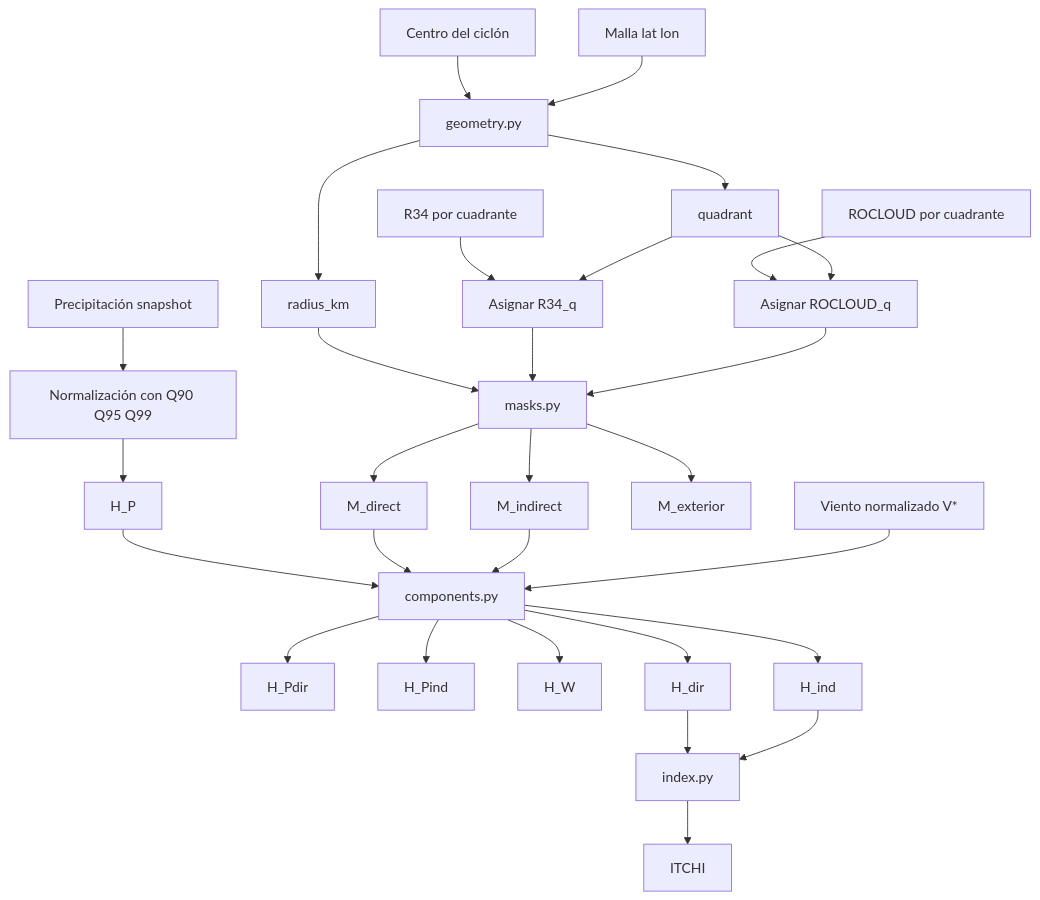
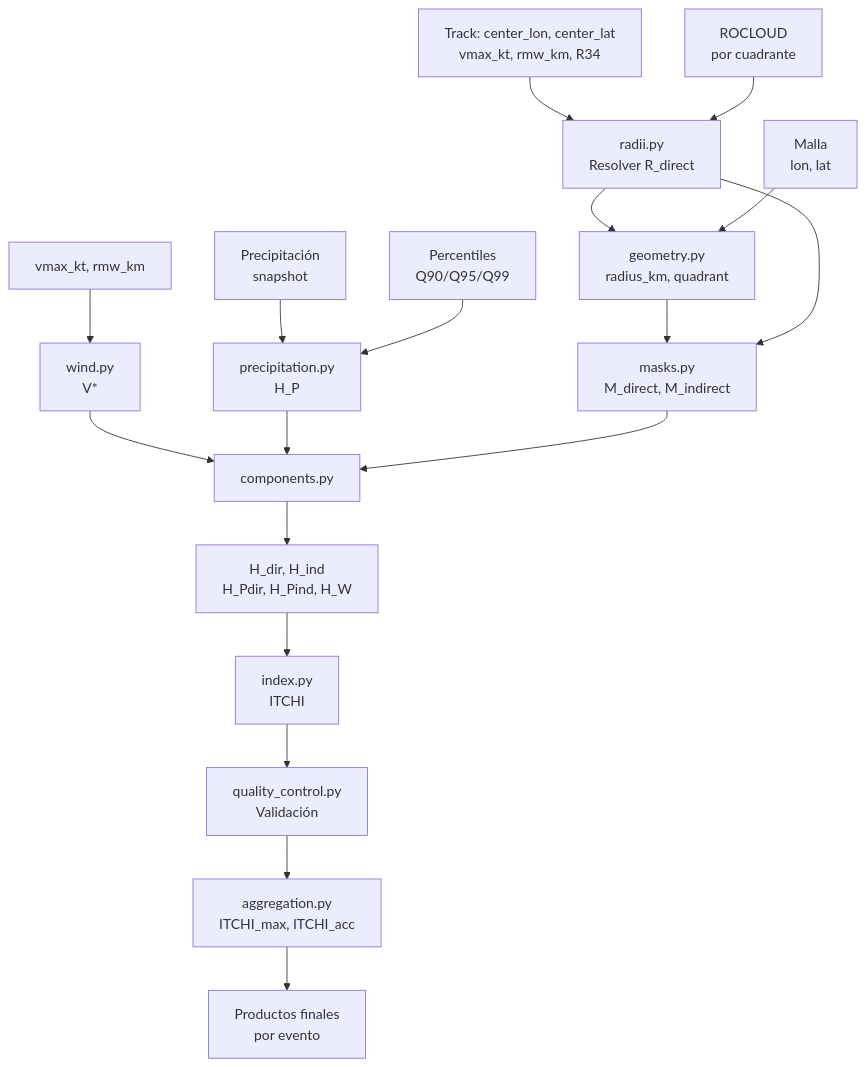
One commit to apereze/itchi-core changed the diagram in docs/architecture.md. Above: the diagram before and after it, drawn with Mermaid. The commit also changed other lines of this file, not shown here.

First line of the commit message:
docs: Update architecture documentation with implemented modules

````diff
--- a/docs/architecture.md
+++ b/docs/architecture.md
@@ -460,40 +709,35 @@
 ```mermaid
 flowchart TD
 
-    A[Precipitación snapshot] --> B[Normalización con Q90 Q95 Q99]
-    B --> C[H_P]
+    TRK["Track: center_lon, center_lat<br/>vmax_kt, rmw_km, R34"]
+    TRK --> RD["radii.py<br/>Resolver R_direct"]
 
-    D[Centro del ciclón] --> E[geometry.py]
-    F[Malla lat lon] --> E
-    E --> G[radius_km]
-    E --> H[quadrant]
+    PC["Precipitación<br/>snapshot"]
+    PERC["Percentiles<br/>Q90/Q95/Q99"]
+    PC --> PRECIP["precipitation.py<br/>H_P"]
+    PERC --> PRECIP
 
-    I[R34 por cuadrante] --> J[Asignar R34_q]
-    K[ROCLOUD por cuadrante] --> L[Asignar ROCLOUD_q]
-    H --> J
-    H --> L
+    ROC["ROCLOUD<br/>por cuadrante"]
+    ROC --> RD
 
-    G --> M[masks.py]
-    J --> M
-    L --> M
+    RD --> GEO["geometry.py<br/>radius_km, quadrant"]
+    MALLA["Malla<br/>lon, lat"]
+    MALLA --> GEO
 
-    M --> N[M_direct]
-    M --> O[M_indirect]
-    M --> P[M_exterior]
+    GEO --> M["masks.py<br/>M_direct, M_indirect"]
+    RD --> M
 
-    C --> Q[components.py]
-    N --> Q
-    O --> Q
-    R[Viento normalizado V*] --> Q
+    VMAX["vmax_kt, rmw_km"]
+    VMAX --> W["wind.py<br/>V*"]
+    W --> C["components.py"]
 
-    Q --> S[H_Pdir]
-    Q --> T[H_Pind]
-    Q --> U[H_W]
-    Q --> V[H_dir]
-    Q --> W[H_ind]
+    PRECIP --> C
+    M --> C
 
-    V --> X[index.py]
-    W --> X
-
-    X --> Y[ITCHI]
+    C --> HDIR["H_dir, H_ind<br/>H_Pdir, H_Pind, H_W"]
+    HDIR --> IDX["index.py<br/>ITCHI"]
+    IDX --> QC["quality_control.py<br/>Validación"]
+    QC --> AGG["aggregation.py<br/>ITCHI_max, ITCHI_acc"]
+    
+    AGG --> OUT["Productos finales<br/>por evento"]
 ```
````
